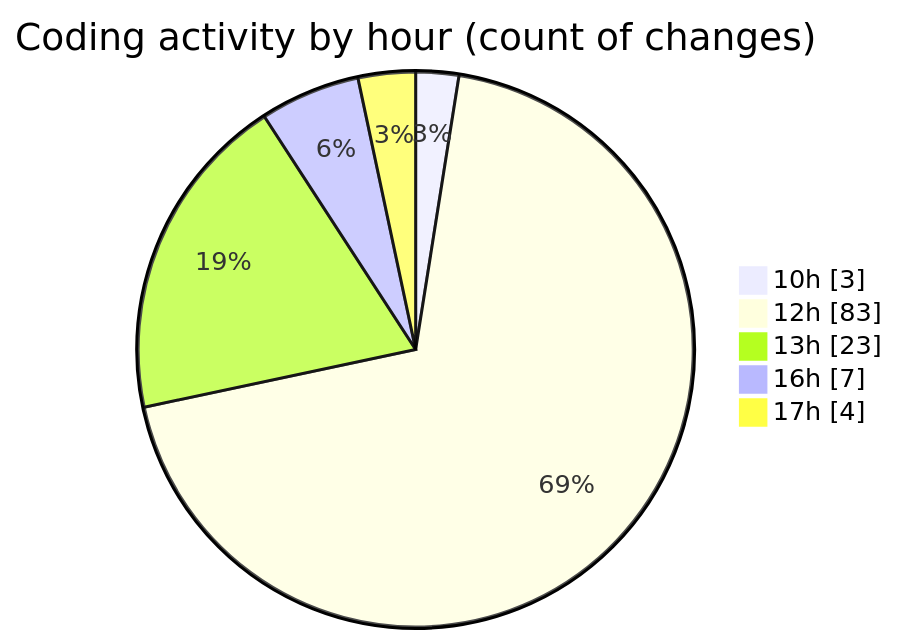
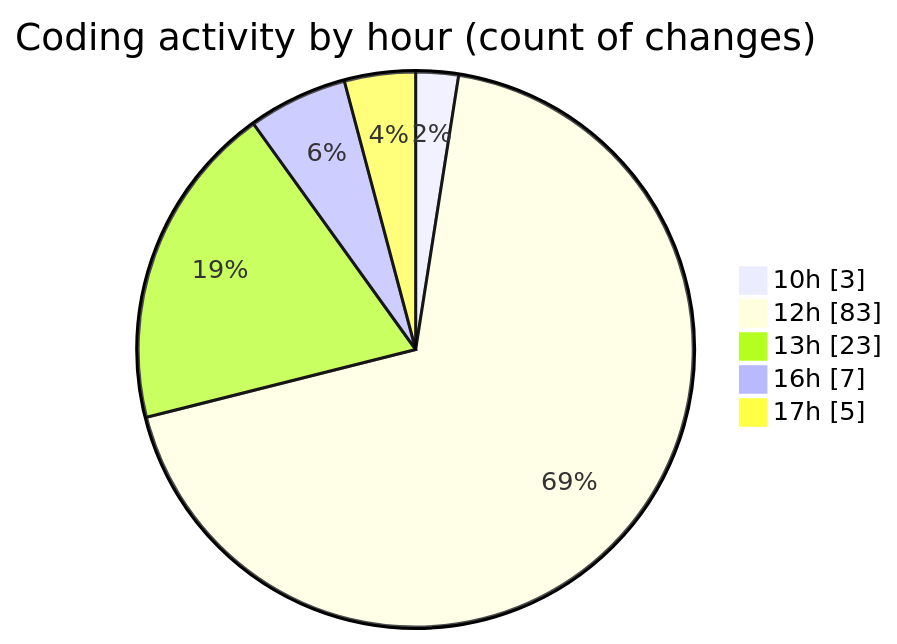
Before and after one commit to nxtqubesakshisongat/code-tracking: the second of 2 diagrams in 2025-05-27/nxtqube_webapp/README.md, drawn with Mermaid. The commit also changed other lines of this file and 1 other file, not shown here.

````diff
--- a/2025-05-27/nxtqube_webapp/README.md
+++ b/2025-05-27/nxtqube_webapp/README.md
@@ -33,9 +34,9 @@
 ```mermaid
 pie showData
 title Coding activity by hour (count of changes)
 "10h" : 3
 "12h" : 83
 "13h" : 23
 "16h" : 7
-"17h" : 4
+"17h" : 5
 ```
````
